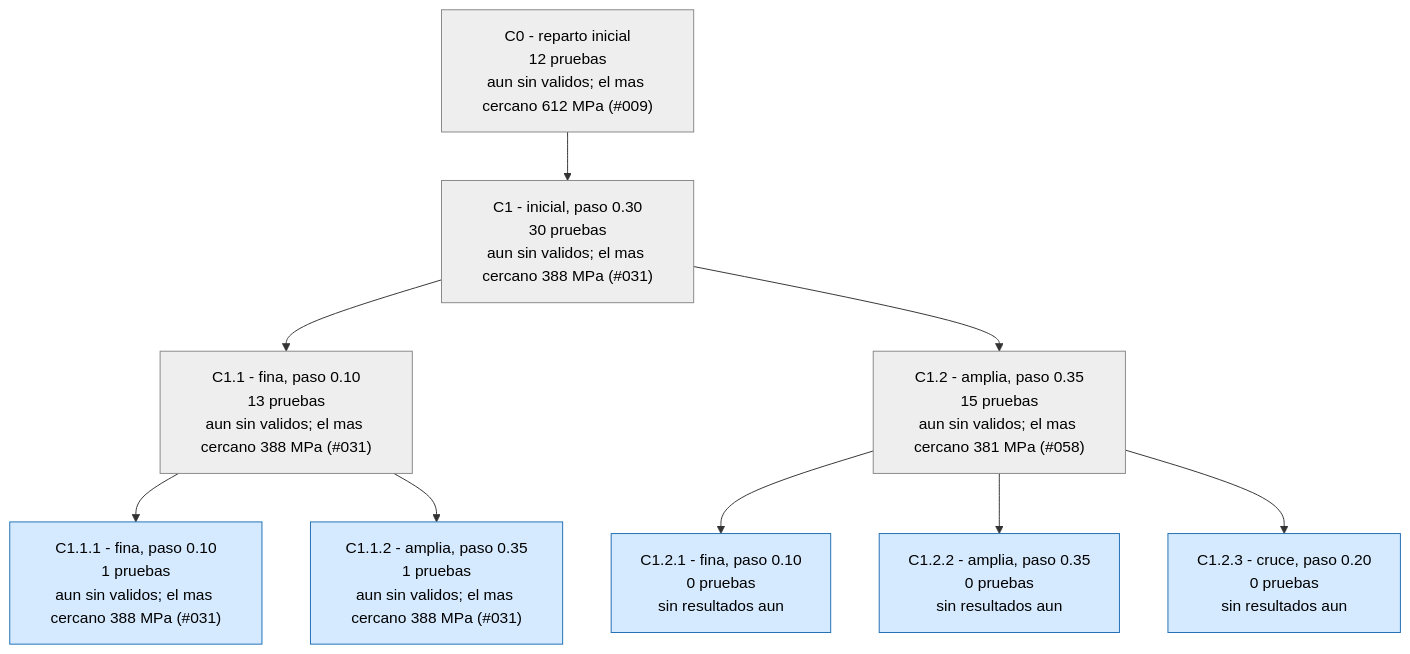
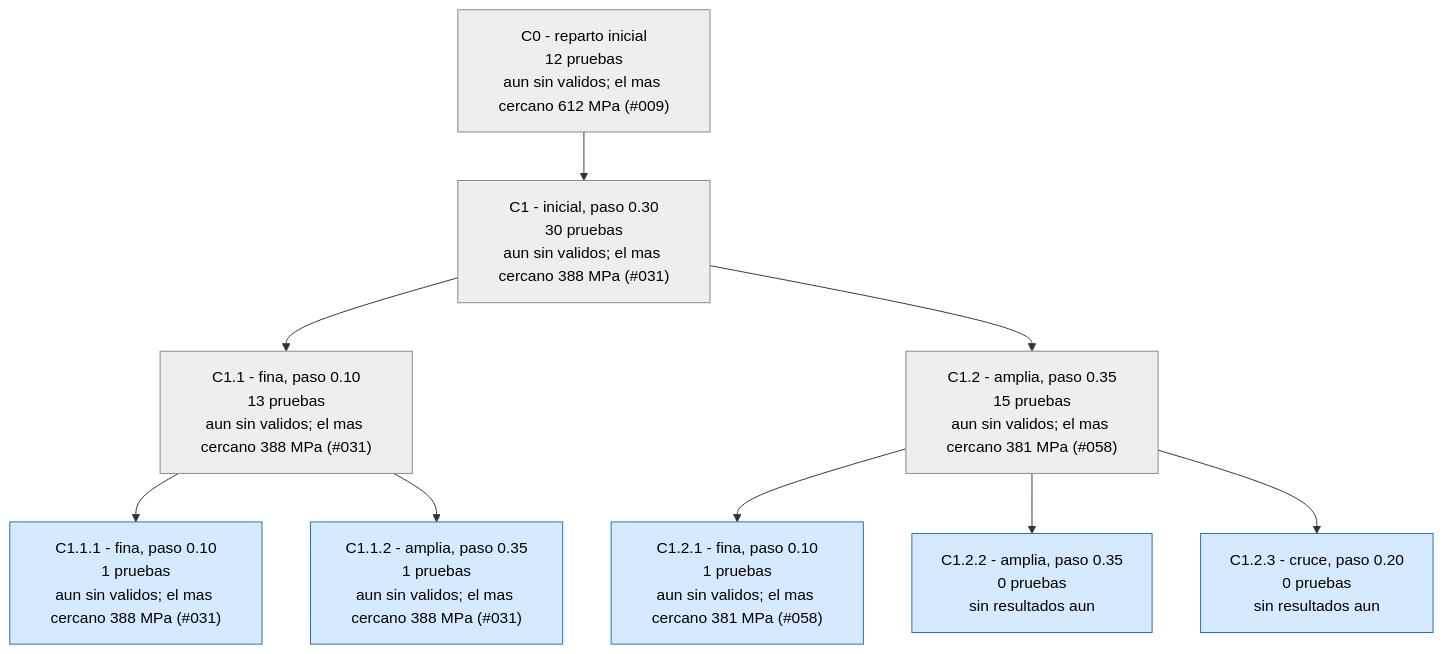
Before and after one commit to Hugiko/msd-soporte-optimizacion: the second of 3 diagrams in runs/opt_37800N/ARBOL.md, drawn with Mermaid. The commit also changed 21 other files, not shown here.

````diff
--- a/runs/opt_37800N/ARBOL.md
+++ b/runs/opt_37800N/ARBOL.md
@@ -59,23 +59,23 @@
 ```mermaid
 graph TD
 classDef activa fill:#d6eaff,stroke:#1f6fb5,color:#000
 classDef fin fill:#eeeeee,stroke:#888,color:#000
 classDef mejor fill:#c8f0c0,stroke:#1a9850,stroke-width:4px,color:#000
 C0["C0 - reparto inicial<br/>12 pruebas<br/>aun sin validos; el mas cercano 612 MPa (#009)"]:::fin
 C1["C1 - inicial, paso 0.30<br/>30 pruebas<br/>aun sin validos; el mas cercano 388 MPa (#031)"]:::fin
 C0 --> C1
 C1_1["C1.1 - fina, paso 0.10<br/>13 pruebas<br/>aun sin validos; el mas cercano 388 MPa (#031)"]:::fin
 C1 --> C1_1
 C1_2["C1.2 - amplia, paso 0.35<br/>15 pruebas<br/>aun sin validos; el mas cercano 381 MPa (#058)"]:::fin
 C1 --> C1_2
 C1_1_1["C1.1.1 - fina, paso 0.10<br/>1 pruebas<br/>aun sin validos; el mas cercano 388 MPa (#031)"]:::activa
 C1_1 --> C1_1_1
 C1_1_2["C1.1.2 - amplia, paso 0.35<br/>1 pruebas<br/>aun sin validos; el mas cercano 388 MPa (#031)"]:::activa
 C1_1 --> C1_1_2
-C1_2_1["C1.2.1 - fina, paso 0.10<br/>0 pruebas<br/>sin resultados aun"]:::activa
+C1_2_1["C1.2.1 - fina, paso 0.10<br/>1 pruebas<br/>aun sin validos; el mas cercano 381 MPa (#058)"]:::activa
 C1_2 --> C1_2_1
 C1_2_2["C1.2.2 - amplia, paso 0.35<br/>0 pruebas<br/>sin resultados aun"]:::activa
 C1_2 --> C1_2_2
 C1_2_3["C1.2.3 - cruce, paso 0.20<br/>0 pruebas<br/>sin resultados aun"]:::activa
 C1_2 --> C1_2_3
 ```
````
